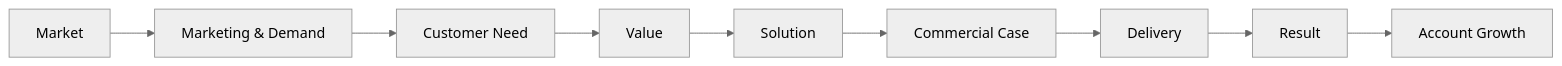
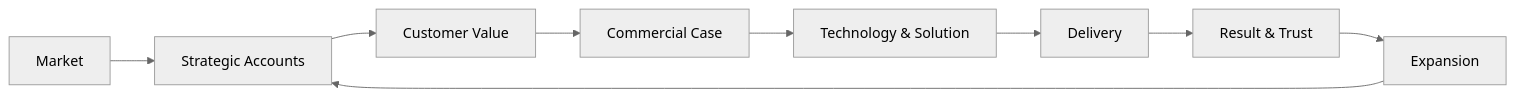
Before and after one commit to psilva-git/enterprise-ai-delivery: the diagram in README.md, drawn with Mermaid (neutral theme). The commit also changed other lines of this file, not shown here.

Commit message:
Reposition portfolio for executive commercial and AI leadership

````diff
--- a/README.md
+++ b/README.md
@@ -277,11 +172,11 @@
 ```mermaid
 flowchart LR
-    M[Market] --> G[Marketing & Demand]
-    G --> C[Customer Need]
-    C --> V[Value]
-    V --> S[Solution]
-    S --> B[Commercial Case]
-    B --> D[Delivery]
-    D --> R[Result]
-    R --> X[Account Growth]
+    M[Market] --> A[Strategic Accounts]
+    A --> V[Customer Value]
+    V --> C[Commercial Case]
+    C --> T[Technology & Solution]
+    T --> D[Delivery]
+    D --> R[Result & Trust]
+    R --> X[Expansion]
+    X --> A
 ```
````
